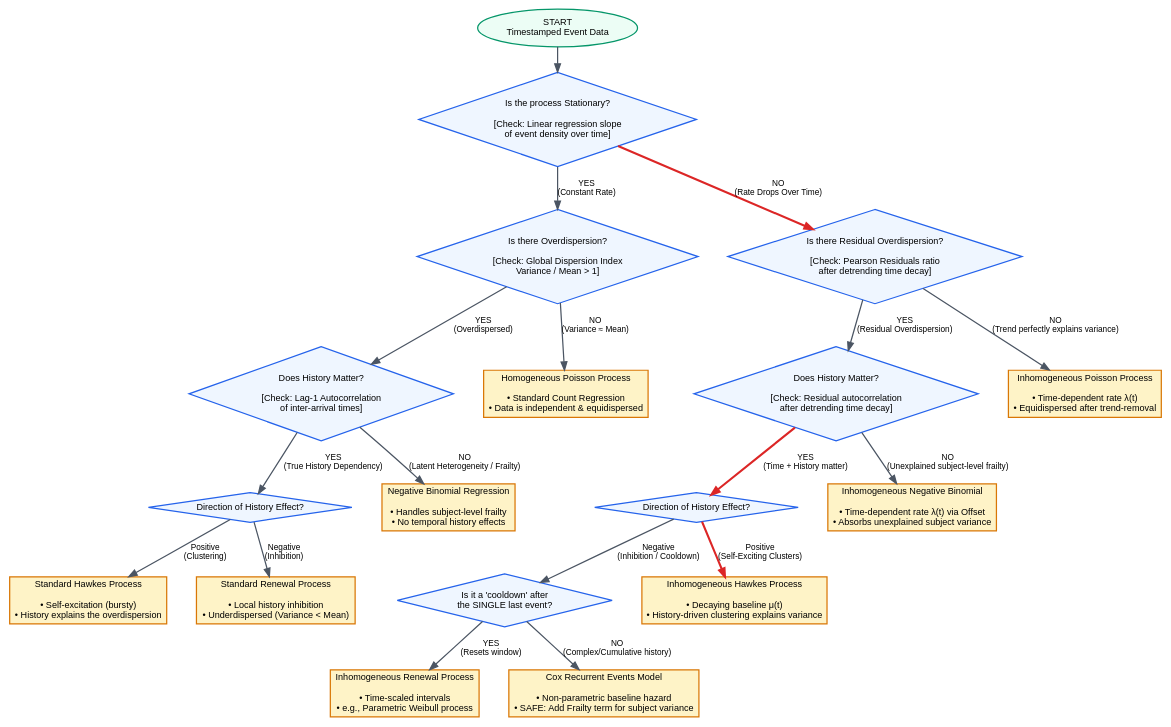
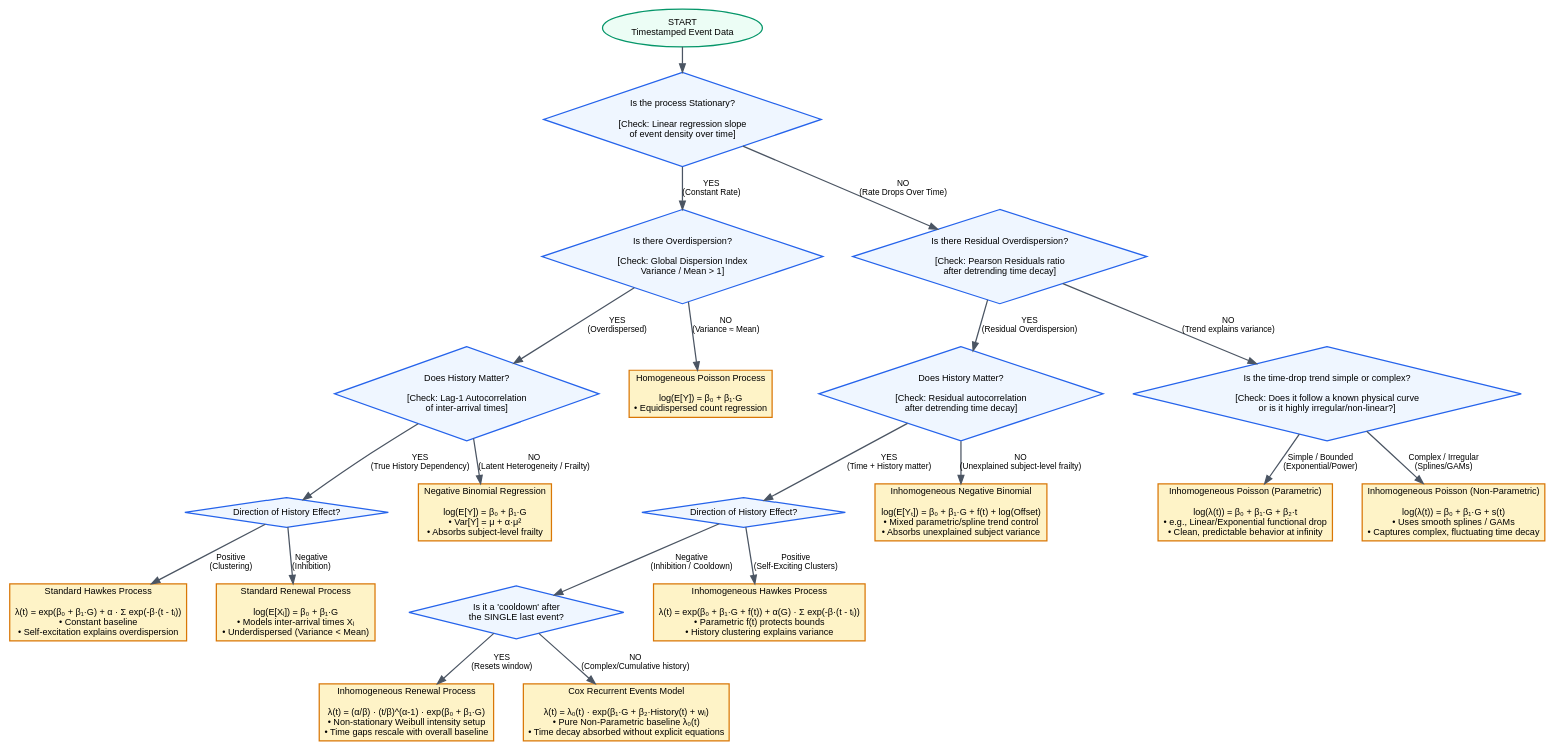
Before and after one commit to ElTinmar/BehaviorScreen: the diagram in decision_tree.dot, drawn with Graphviz. The commit also changed 1 other file, not shown here.

Commit message:
update decision tree

```diff
--- a/decision_tree.dot
+++ b/decision_tree.dot
@@ -1,70 +1,79 @@
 digraph G {
     // General Graph Settings
     brainfact=true;
     nodesep=0.5;
     ranksep=0.4;
     compound=true;
     fontname="Helvetica,Arial,sans-serif";
     
     // Default Node Settings
     node [fontname="Helvetica,Arial,sans-serif", fontsize=11, shape=box, style=filled, fillcolor="#F3F4F6", color="#374151", penwidth=1.5];
     edge [fontname="Helvetica,Arial,sans-serif", fontsize=10, color="#4B5563", penwidth=1.5];
 
     // Core Pipeline Nodes
     Start [label="START\nTimestamped Event Data", shape=ellipse, fillcolor="#ECFDF5", color="#059669"];
     
     // Decision Nodes (Diamonds)
     Q_Stationary [label="Is the process Stationary?\n\n[Check: Linear regression slope\nof event density over time]", shape=diamond, fillcolor="#EFF6FF", color="#2563EB"];
     
     Q_Overdisp_Stat [label="Is there Overdispersion?\n\n[Check: Global Dispersion Index\nVariance / Mean > 1]", shape=diamond, fillcolor="#EFF6FF", color="#2563EB"];
     Q_Overdisp_Non  [label="Is there Residual Overdispersion?\n\n[Check: Pearson Residuals ratio\nafter detrending time decay]", shape=diamond, fillcolor="#EFF6FF", color="#2563EB"];
     
     Q_Hist_Stat  [label="Does History Matter?\n\n[Check: Lag-1 Autocorrelation\nof inter-arrival times]", shape=diamond, fillcolor="#EFF6FF", color="#2563EB"];
     Q_Hist_Non   [label="Does History Matter?\n\n[Check: Residual autocorrelation\nafter detrending time decay]", shape=diamond, fillcolor="#EFF6FF", color="#2563EB"];
     
     Q_Dir_Stat   [label="Direction of History Effect?", shape=diamond, fillcolor="#EFF6FF", color="#2563EB"];
     Q_Dir_Non    [label="Direction of History Effect?", shape=diamond, fillcolor="#EFF6FF", color="#2563EB"];
     Q_Inhib      [label="Is it a 'cooldown' after\nthe SINGLE last event?", shape=diamond, fillcolor="#EFF6FF", color="#2563EB"];
+    
+    // FIXED: Choice of f(t) structure integrated into the tree routing
+    Q_Trend_Type [label="Is the time-drop trend simple or complex?\n\n[Check: Does it follow a known physical curve\nor is it highly irregular/non-linear?]", shape=diamond, fillcolor="#EFF6FF", color="#2563EB"];
 
-    // Final Model Destinations (Yellow Boxes)
-    M_Poisson       [label="Homogeneous Poisson Process\n\n• Standard Count Regression\n• Data is independent & equidispersed", fillcolor="#FEF3C7", color="#D97706"];
-    M_NegBin_Stat   [label="Negative Binomial Regression\n\n• Handles subject-level frailty\n• No temporal history effects", fillcolor="#FEF3C7", color="#D97706"];
-    M_Hawkes_Stat   [label="Standard Hawkes Process\n\n• Self-excitation (bursty)\n• History explains the overdispersion", fillcolor="#FEF3C7", color="#D97706"];
-    M_Renew_Stat    [label="Standard Renewal Process\n\n• Local history inhibition\n• Underdispersed (Variance < Mean)", fillcolor="#FEF3C7", color="#D97706"];
+    // Final Model Destinations with Math/GLM context equations
+    M_Poisson       [label="Homogeneous Poisson Process\n\nlog(E[Y]) = β₀ + β₁·G\n• Equidispersed count regression", fillcolor="#FEF3C7", color="#D97706"];
+    M_NegBin_Stat   [label="Negative Binomial Regression\n\nlog(E[Y]) = β₀ + β₁·G\n• Var[Y] = μ + α·μ²\n• Absorbs subject-level frailty", fillcolor="#FEF3C7", color="#D97706"];
+    M_Hawkes_Stat   [label="Standard Hawkes Process\n\nλ(t) = exp(β₀ + β₁·G) + α · Σ exp(-β·(t - tᵢ))\n• Constant baseline\n• Self-excitation explains overdispersion", fillcolor="#FEF3C7", color="#D97706"];
+    M_Renew_Stat    [label="Standard Renewal Process\n\nlog(E[Xᵢ]) = β₀ + β₁·G\n• Models inter-arrival times Xᵢ\n• Underdispersed (Variance < Mean)", fillcolor="#FEF3C7", color="#D97706"];
     
-    M_Inhom_Poi     [label="Inhomogeneous Poisson Process\n\n• Time-dependent rate λ(t)\n• Equidispersed after trend-removal", fillcolor="#FEF3C7", color="#D97706"];
-    M_Inhom_NB      [label="Inhomogeneous Negative Binomial\n\n• Time-dependent rate λ(t) via Offset\n• Absorbs unexplained subject variance", fillcolor="#FEF3C7", color="#D97706"];
-    M_Inhom_Hawk    [label="Inhomogeneous Hawkes Process\n\n• Decaying baseline μ(t)\n• History-driven clustering explains variance", fillcolor="#FEF3C7", color="#D97706"];
-    M_Inhom_Ren     [label="Inhomogeneous Renewal Process\n\n• Time-scaled intervals\n• e.g., Parametric Weibull process", fillcolor="#FEF3C7", color="#D97706"];
-    M_Cox           [label="Cox Recurrent Events Model\n\n• Non-parametric baseline hazard\n• SAFE: Add Frailty term for subject variance", fillcolor="#FEF3C7", color="#D97706"];
+    M_Inhom_Poi_Param [label="Inhomogeneous Poisson (Parametric)\n\nlog(λ(t)) = β₀ + β₁·G + β₂·t\n• e.g., Linear/Exponential functional drop\n• Clean, predictable behavior at infinity", fillcolor="#FEF3C7", color="#D97706"];
+    M_Inhom_Poi_Spline [label="Inhomogeneous Poisson (Non-Parametric)\n\nlog(λ(t)) = β₀ + β₁·G + s(t)\n• Uses smooth splines / GAMs\n• Captures complex, fluctuating time decay", fillcolor="#FEF3C7", color="#D97706"];
+    
+    M_Inhom_NB      [label="Inhomogeneous Negative Binomial\n\nlog(E[Yₜ]) = β₀ + β₁·G + f(t) + log(Offset)\n• Mixed parametric/spline trend control\n• Absorbs unexplained subject variance", fillcolor="#FEF3C7", color="#D97706"];
+    M_Inhom_Hawk    [label="Inhomogeneous Hawkes Process\n\nλ(t) = exp(β₀ + β₁·G + f(t)) + α(G) · Σ exp(-β·(t - tᵢ))\n• Parametric f(t) protects bounds\n• History clustering explains variance", fillcolor="#FEF3C7", color="#D97706"];
+    M_Inhom_Ren     [label="Inhomogeneous Renewal Process\n\nλ(t) = (α/β) · (t/β)^(α-1) · exp(β₀ + β₁·G)\n• Non-stationary Weibull intensity setup\n• Time gaps rescale with overall baseline", fillcolor="#FEF3C7", color="#D97706"];
+    M_Cox           [label="Cox Recurrent Events Model\n\nλ(t) = λ₀(t) · exp(β₁·G + β₂·History(t) + wᵢ)\n• Pure Non-Parametric baseline λ₀(t)\n• Time decay absorbed without explicit equations", fillcolor="#FEF3C7", color="#D97706"];
 
     // --- GRAPH CONNECTIONS ---
     Start -> Q_Stationary;
     
     // STATIONARY BRANCH
     Q_Stationary -> Q_Overdisp_Stat [label="YES\n(Constant Rate)", weight=2];
     
     Q_Overdisp_Stat -> Q_Hist_Stat [label="YES\n(Overdispersed)"];
     Q_Overdisp_Stat -> M_Poisson [label="NO\n(Variance ≈ Mean)"];
     
     Q_Hist_Stat -> M_NegBin_Stat [label="NO\n(Latent Heterogeneity / Frailty)"];
     Q_Hist_Stat -> Q_Dir_Stat [label="YES\n(True History Dependency)"];
     
     Q_Dir_Stat -> M_Hawkes_Stat [label="Positive\n(Clustering)"];
     Q_Dir_Stat -> M_Renew_Stat [label="Negative\n(Inhibition)"];
     
     // NON-STATIONARY BRANCH
-    Q_Stationary -> Q_Overdisp_Non [label="NO\n(Rate Drops Over Time)", color="#DC2626", penwidth=2.5];
+    Q_Stationary -> Q_Overdisp_Non [label="NO\n(Rate Drops Over Time)"];
     
     Q_Overdisp_Non -> Q_Hist_Non [label="YES\n(Residual Overdispersion)"];
-    Q_Overdisp_Non -> M_Inhom_Poi [label="NO\n(Trend perfectly explains variance)"];
+    
+    // Route clean Poisson to trend-type selection
+    Q_Overdisp_Non -> Q_Trend_Type [label="NO\n(Trend explains variance)"];
+    Q_Trend_Type -> M_Inhom_Poi_Param [label="Simple / Bounded\n(Exponential/Power)"];
+    Q_Trend_Type -> M_Inhom_Poi_Spline [label="Complex / Irregular\n(Splines/GAMs)"];
     
     Q_Hist_Non -> M_Inhom_NB [label="NO\n(Unexplained subject-level frailty)"];
-    Q_Hist_Non -> Q_Dir_Non [label="YES\n(Time + History matter)", color="#DC2626", penwidth=2.5];
+    Q_Hist_Non -> Q_Dir_Non [label="YES\n(Time + History matter)"];
     
-    Q_Dir_Non -> M_Inhom_Hawk [label="Positive\n(Self-Exciting Clusters)", color="#DC2626", penwidth=2.5];
+    Q_Dir_Non -> M_Inhom_Hawk [label="Positive\n(Self-Exciting Clusters)"];
     Q_Dir_Non -> Q_Inhib [label="Negative\n(Inhibition / Cooldown)"];
     
     Q_Inhib -> M_Inhom_Ren [label="YES\n(Resets window)"];
     Q_Inhib -> M_Cox [label="NO\n(Complex/Cumulative history)"];
 }
```
